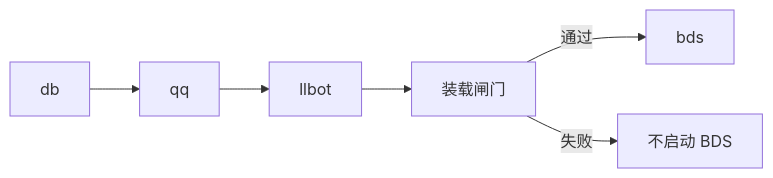
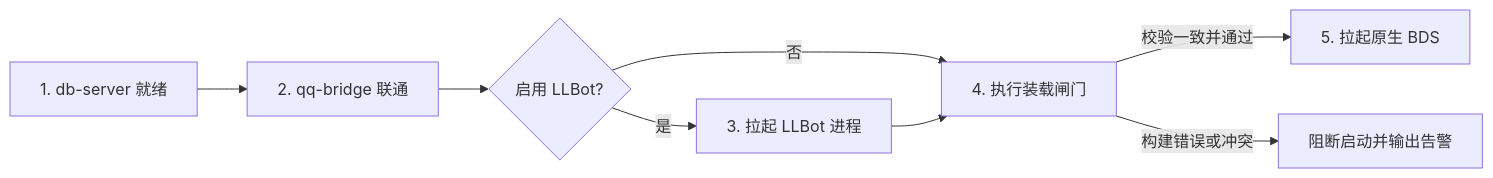
One commit to DogeLakeDev/ScriptsForMinecraftServer changed the second of 2 diagrams in docs/zh/guide/services.mdx. Above: the diagram before and after it, drawn with Mermaid. The commit also changed other lines of this file and 17 other files, not shown here.

````diff
--- a/docs/zh/guide/services.mdx
+++ b/docs/zh/guide/services.mdx
@@ -9,8 +51,10 @@
 ```mermaid
 flowchart LR
-  db[db] --> qq[qq]
-  qq --> llbot[llbot]
-  llbot --> gate[装载闸门]
-  gate -->|通过| bds[bds]
-  gate -->|失败| stop[不启动 BDS]
+  db[1. db-server 就绪] --> qq[2. qq-bridge 联通]
+  qq --> llbot{启用 LLBot?}
+  llbot -->|是| bot[3. 拉起 LLBot 进程]
+  llbot -->|否| gate[4. 执行装载闸门]
+  bot --> gate
+  gate -->|校验一致并通过| bds[5. 拉起原生 BDS]
+  gate -->|构建错误或冲突| stop[阻断启动并输出告警]
 ```
````
